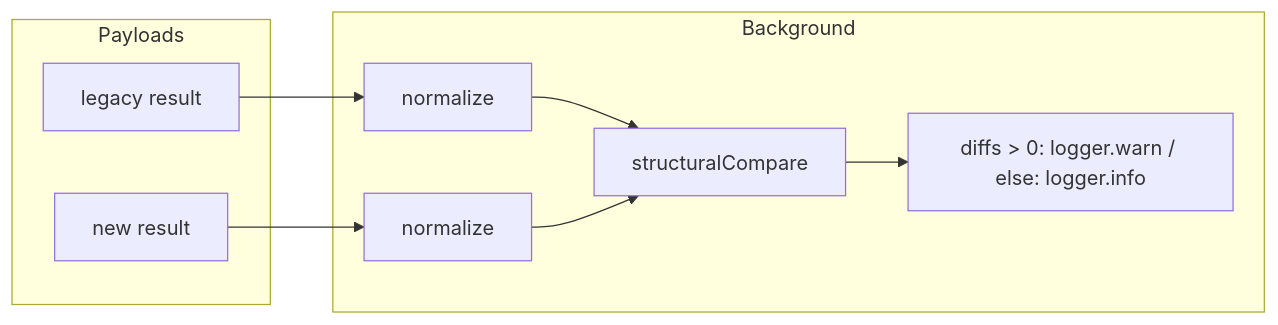
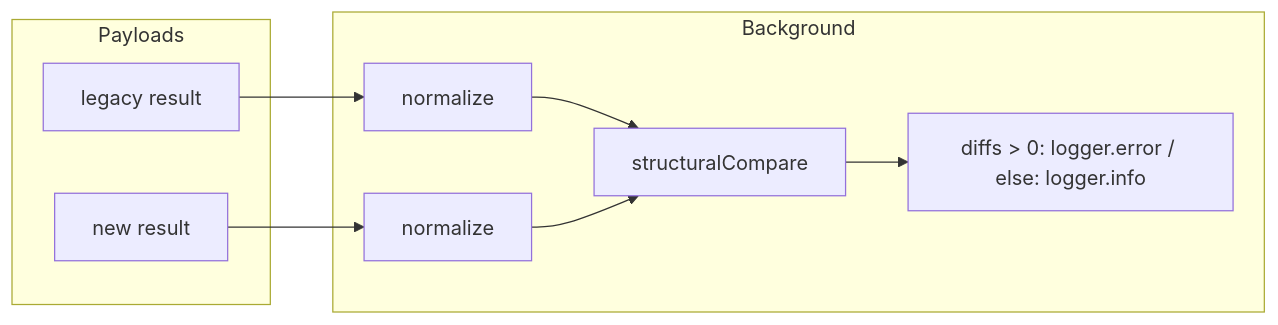
Before and after one commit to vtex-apps/search-resolver: the second of 2 diagrams in node/shadow/README.md, drawn with Mermaid. The commit also changed other lines of this file and 1 other file, not shown here.

Commit message:
Update logger to send error instead warn to avoid sampling on shadowmigration

````diff
--- a/node/shadow/README.md
+++ b/node/shadow/README.md
@@ -44,18 +44,18 @@
 ```mermaid
 flowchart LR
   subgraph inputs [Payloads]
     L[legacy result]
     N[new result]
   end
   subgraph background [Background]
     NormL[normalize]
     NormN[normalize]
     Diff[structuralCompare]
-    Log[diffs > 0: logger.warn / else: logger.info]
+    Log[diffs > 0: logger.error / else: logger.info]
   end
   L --> NormL
   N --> NormN
   NormL --> Diff
   NormN --> Diff
   Diff --> Log
 ```
````
